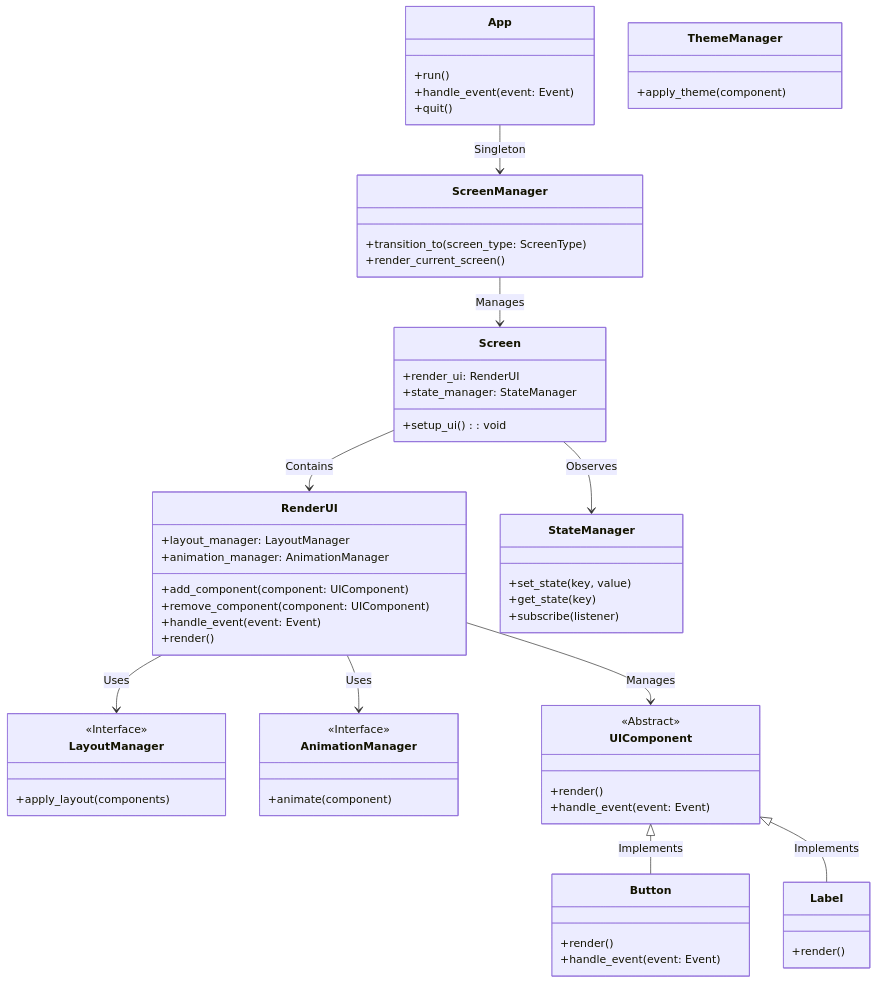
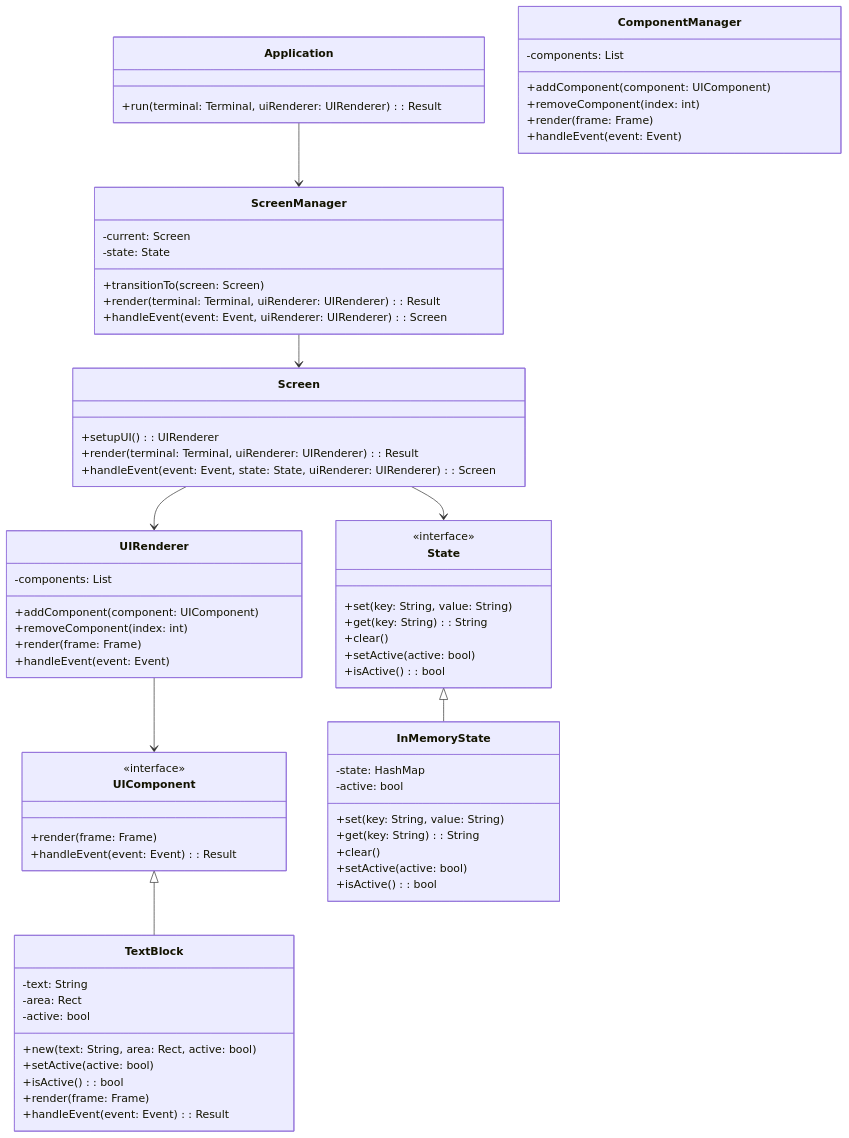
One commit to Phastboy/drawing changed the diagram in README.md. Above: the diagram before and after it, drawn with Mermaid. The commit also changed other lines of this file, not shown here.

````diff
--- a/README.md
+++ b/README.md
@@ -4,75 +4,82 @@
 ``` mermaid
 classDiagram
-    direction TB
-    class App {
-        +run()
-        +handle_event(event: Event)
-        +quit()
-    }
+direction TB
 
-    class ScreenManager {
-        +transition_to(screen_type: ScreenType)
-        +render_current_screen()
-    }
+class Application {
+    +run(terminal: Terminal, uiRenderer: UIRenderer): Result
+}
 
-    class Screen {
-        +render_ui: RenderUI
-        +state_manager: StateManager
-        +setup_ui(): void
-    }
+class ComponentManager {
+    +addComponent(component: UIComponent)
+    +removeComponent(index: int)
+    +render(frame: Frame)
+    +handleEvent(event: Event)
+    -components: List<UIComponent>
+}
 
-    class RenderUI {
-        +add_component(component: UIComponent)
-        +remove_component(component: UIComponent)
-        +handle_event(event: Event)
-        +render()
-        +layout_manager: LayoutManager
-        +animation_manager: AnimationManager
-    }
+class ScreenManager {
+    +transitionTo(screen: Screen)
+    +render(terminal: Terminal, uiRenderer: UIRenderer): Result
+    +handleEvent(event: Event, uiRenderer: UIRenderer): Screen
+    -current: Screen
+    -state: State
+}
 
-    class StateManager {
-        +set_state(key, value)
-        +get_state(key)
-        +subscribe(listener)
-    }
+class Screen {
+    +setupUI(): UIRenderer
+    +render(terminal: Terminal, uiRenderer: UIRenderer): Result
+    +handleEvent(event: Event, state: State, uiRenderer: UIRenderer): Screen
+}
 
-    class ThemeManager {
-        +apply_theme(component)
-    }
+class UIRenderer {
+    +addComponent(component: UIComponent)
+    +removeComponent(index: int)
+    +render(frame: Frame)
+    +handleEvent(event: Event)
+    -components: List<UIComponent>
+}
 
-    class LayoutManager {
-        <<Interface>>
-        +apply_layout(components)
-    }
+class UIComponent {
+    <<interface>>
+    +render(frame: Frame)
+    +handleEvent(event: Event): Result
+}
 
-    class AnimationManager {
-        <<Interface>>
-        +animate(component)
-    }
+class TextBlock {
+    +new(text: String, area: Rect, active: bool)
+    +setActive(active: bool)
+    +isActive(): bool
+    +render(frame: Frame)
+    +handleEvent(event: Event): Result
+    -text: String
+    -area: Rect
+    -active: bool
+}
 
-    class UIComponent {
-        <<Abstract>>
-        +render()
-        +handle_event(event: Event)
-    }
+class State {
+    <<interface>>
+    +set(key: String, value: String)
+    +get(key: String): String
+    +clear()
+    +setActive(active: bool)
+    +isActive(): bool
+}
 
-    class Button {
-        +render()
-        +handle_event(event: Event)
-    }
+class InMemoryState {
+    +set(key: String, value: String)
+    +get(key: String): String
+    +clear()
+    +setActive(active: bool)
+    +isActive(): bool
+    -state: HashMap<String, String>
+    -active: bool
+}
 
-    class Label {
-        +render()
-    }
-
-    App --> ScreenManager : Singleton
-    ScreenManager --> Screen : Manages
-    Screen --> RenderUI : Contains
-    Screen --> StateManager : Observes
-    RenderUI --> LayoutManager : Uses
-    RenderUI --> AnimationManager : Uses
-    RenderUI --> UIComponent : Manages
-    UIComponent <|-- Button : Implements
-    UIComponent <|-- Label : Implements
-
+Application --> ScreenManager
+ScreenManager --> Screen
+Screen --> UIRenderer
+Screen --> State
+UIRenderer --> UIComponent
+UIComponent <|-- TextBlock
+State <|-- InMemoryState
 ```
````
